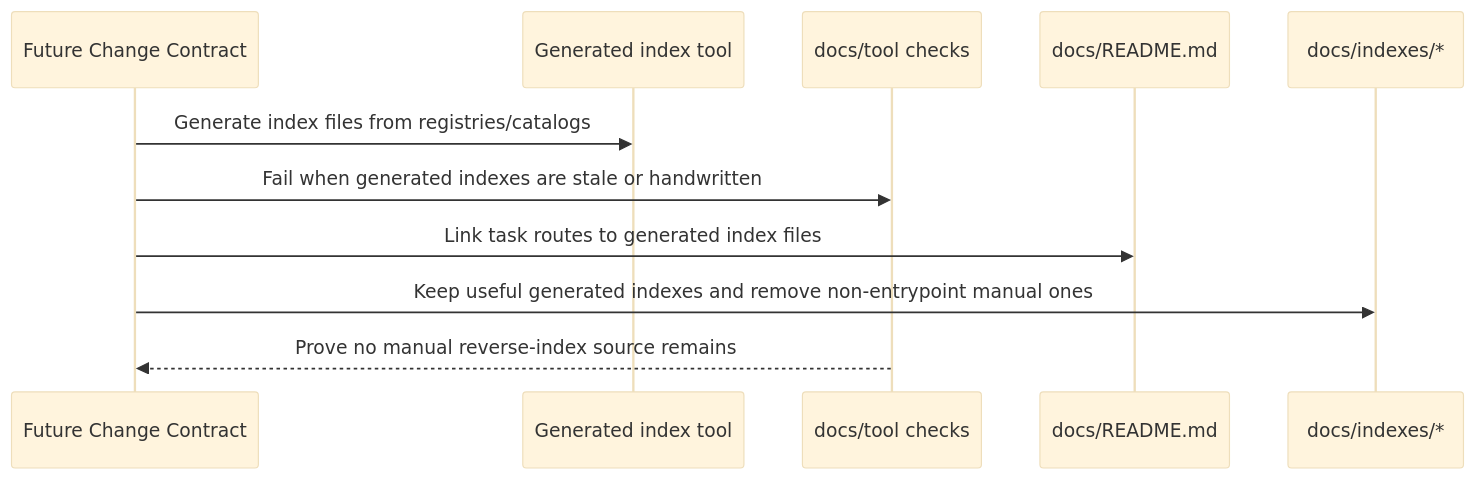
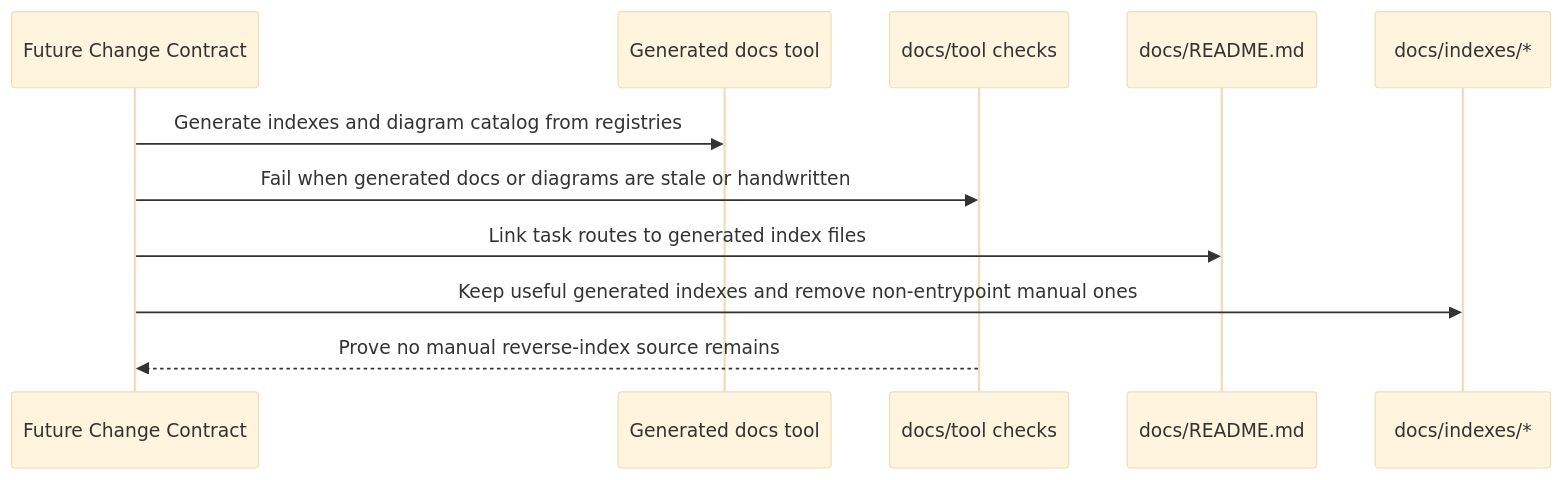
One commit to GreatPika/iwb_canvas_engine changed the third of 3 diagrams in .design/2026-05-22-docs-documentation-portal.md. Above: the diagram before and after it, drawn with Mermaid (base theme). The commit also changed other lines of this file, not shown here.

````diff
--- a/.design/2026-05-22-docs-documentation-portal.md
+++ b/.design/2026-05-22-docs-documentation-portal.md
@@ -204,14 +273,14 @@
 ```mermaid
 sequenceDiagram
   participant Contract as Future Change Contract
-  participant Generator as Generated index tool
+  participant Generator as Generated docs tool
   participant Checks as docs/tool checks
   participant Portal as docs/README.md
   participant Indexes as docs/indexes/*
 
-  Contract->>Generator: Generate index files from registries/catalogs
-  Contract->>Checks: Fail when generated indexes are stale or handwritten
+  Contract->>Generator: Generate indexes and diagram catalog from registries
+  Contract->>Checks: Fail when generated docs or diagrams are stale or handwritten
   Contract->>Portal: Link task routes to generated index files
   Contract->>Indexes: Keep useful generated indexes and remove non-entrypoint manual ones
   Checks-->>Contract: Prove no manual reverse-index source remains
 ```
````
